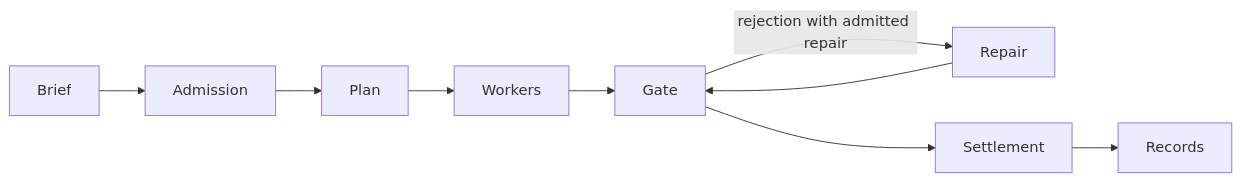
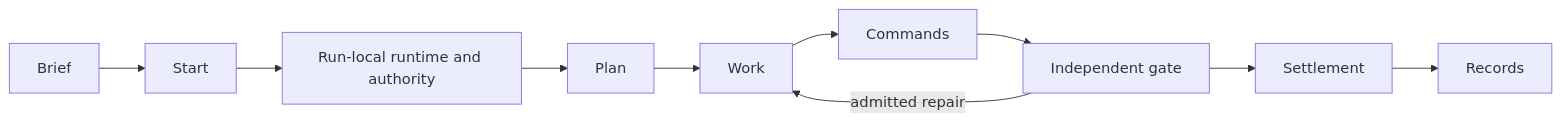
One commit to cuibuaa/flow-crew changed the diagram in guide/architecture.md. Above: the diagram before and after it, drawn with Mermaid. The commit also changed other lines of this file and 783 other files, not shown here.

````diff
--- a/guide/architecture.md
+++ b/guide/architecture.md
@@ -7,8 +8,12 @@
 ```mermaid
 flowchart LR
-  Brief --> Admission --> Plan
-  Plan --> Workers --> Gate
-  Gate -->|rejection with admitted repair| Repair --> Gate
+  Brief --> Start
+  Start --> Pin[Run-local runtime and authority]
+  Pin --> Plan
+  Plan --> Work
+  Work --> Commands
+  Commands --> Gate[Independent gate]
+  Gate -->|admitted repair| Work
   Gate --> Settlement
   Settlement --> Records
 ```
````
